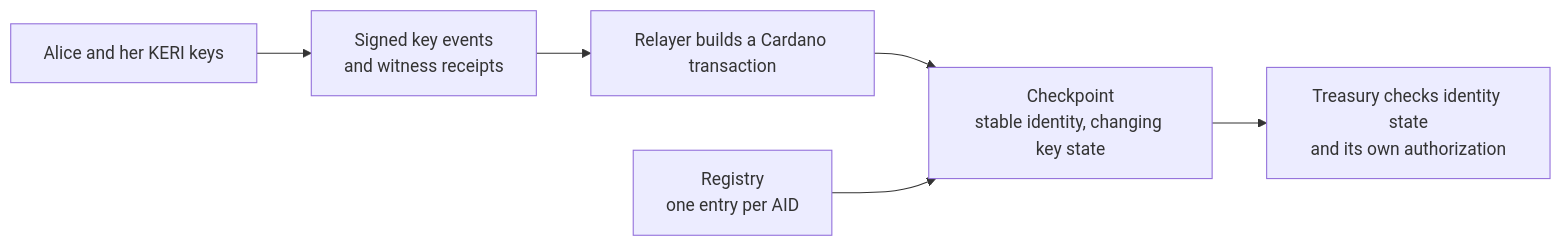
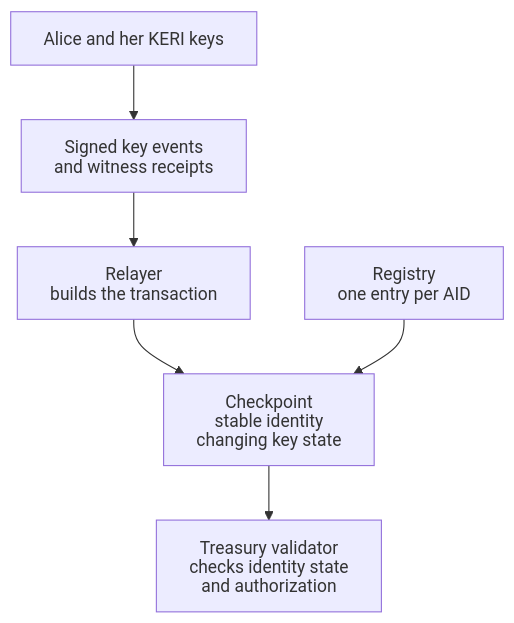
The diagram in docs/architecture/follow-one-identity.md (lambdasistemi/cardano-keri), drawn with Mermaid before and after one commit. The commit also changed 2 other files, not shown here.

Commit message:
docs: keep diagram labels inside their boxes

````diff
--- a/docs/architecture/follow-one-identity.md
+++ b/docs/architecture/follow-one-identity.md
@@ -25,8 +25,12 @@
 ```mermaid
-flowchart LR
+---
+config:
+  htmlLabels: false
+---
+flowchart TD
     Alice["Alice and her KERI keys"] --> Events["Signed key events<br/>and witness receipts"]
-    Events --> Relayer["Relayer builds a Cardano transaction"]
-    Relayer --> Checkpoint["Checkpoint<br/>stable identity, changing key state"]
+    Events --> Relayer["Relayer<br/>builds the transaction"]
+    Relayer --> Checkpoint["Checkpoint<br/>stable identity<br/>changing key state"]
     Registry["Registry<br/>one entry per AID"] --> Checkpoint
-    Checkpoint --> Treasury["Treasury checks identity state<br/>and its own authorization"]
+    Checkpoint --> Treasury["Treasury validator<br/>checks identity state<br/>and authorization"]
 ```
````
